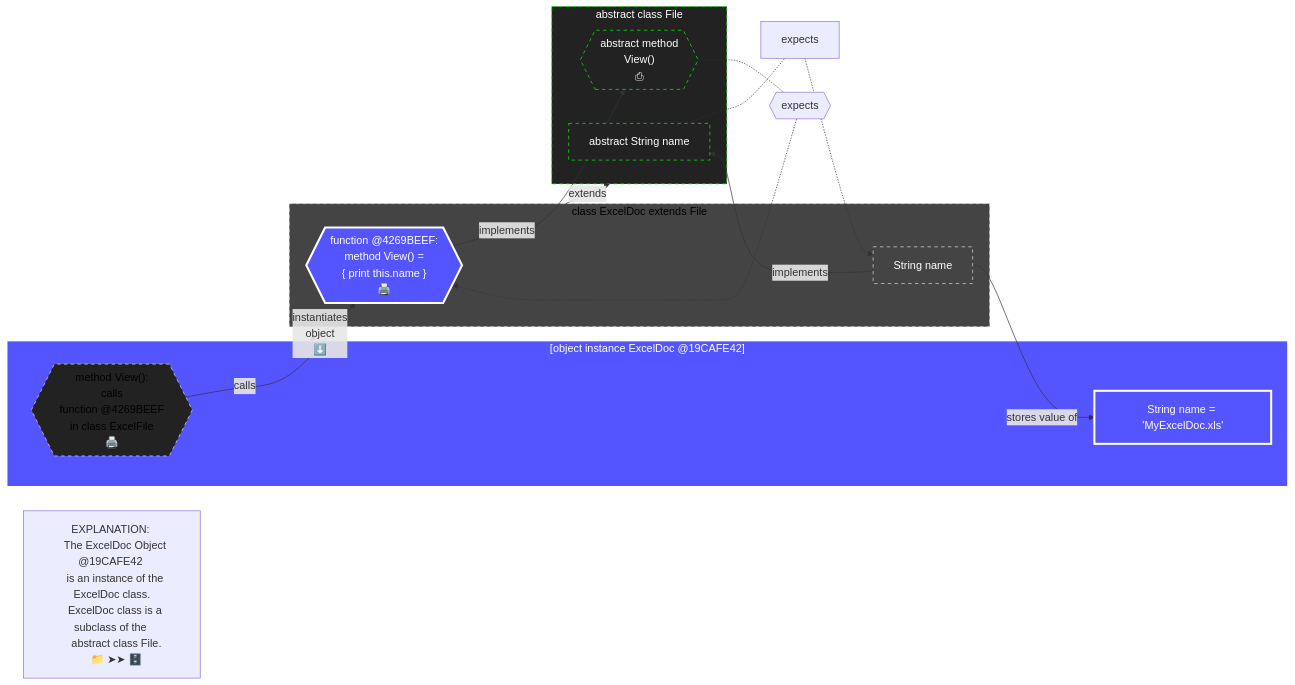
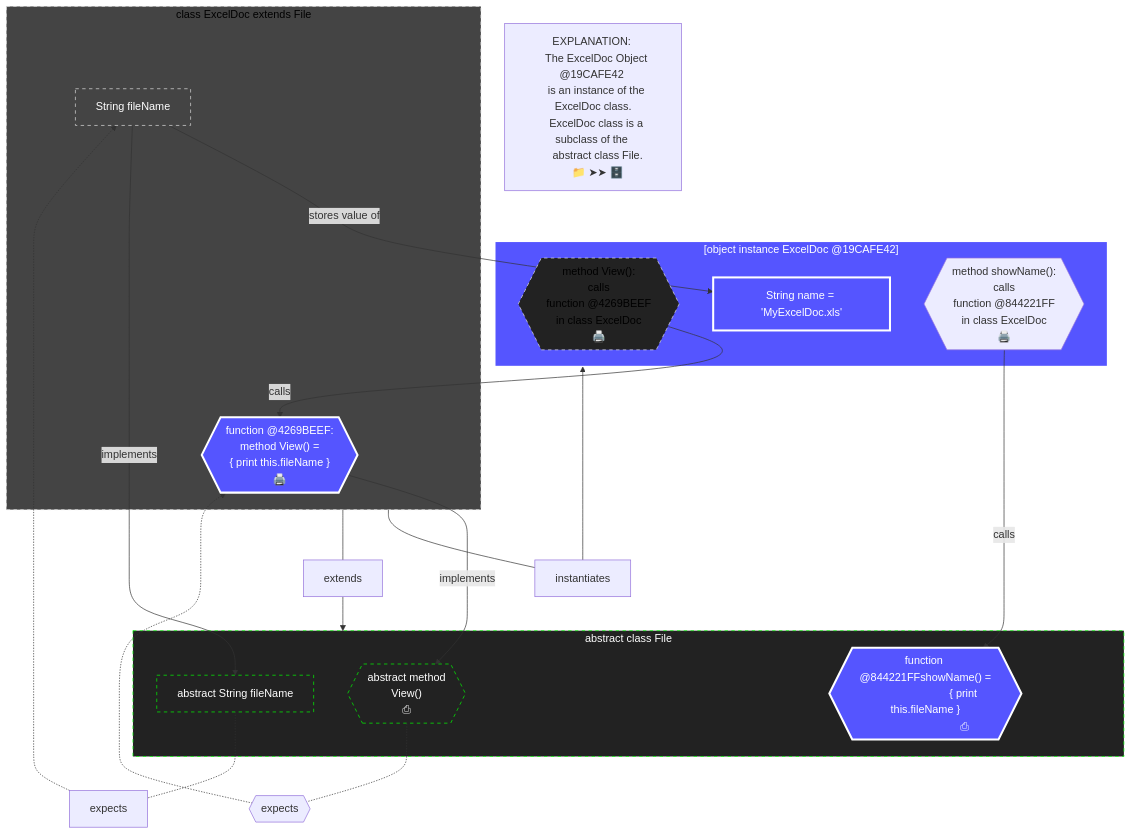
The seventh of 8 diagrams in 09-ClassOrientedProgramming.md (realityexpander/How_to_program_from_ground_up), drawn with Mermaid before and after one commit. The commit also changed 1 other file, not shown here.

Commit message:
fix abstract diagram

````diff
--- a/09-ClassOrientedProgramming.md
+++ b/09-ClassOrientedProgramming.md
@@ -849,59 +849,74 @@
    ```mermaid
-     flowchart LR
+     flowchart TB
    
-     ExcelDocObjectViewMethodFunctionPointer -- calls --> ExcelDocClassViewMethod:::Object
+     ExcelDocObjectViewMethodFunctionPointer -- calls --> ExcelDocClassViewMethod
      ExcelDocClassAgeInt -- stores value of --> ExcelDocObjectAgeInt 
+     
+     ExcelDocObject:::Object
      subgraph ExcelDocObject["[object instance ExcelDoc @19CAFE42]"]
          ExcelDocObjectAgeInt["String name = 'MyExcelDoc.xls'"]
          ExcelDocObjectViewMethodFunctionPointer{{"method View(): 
             calls 
             function @4269BEEF
-            in class ExcelFile
+            in class ExcelDoc
             🖨️
             "}}
+         ExcelDocObjectShowNameMethodFunctionPointer{{"method showName(): 
+            calls 
+            function @844221FF
+            in class ExcelDoc
+            🖨️
+            "}}   
      end
+     ExcelDocObjectShowNameMethodFunctionPointer -- calls --> abstractShowNameMethod
+     
      subgraph classExcelDoc["class ExcelDoc extends File"]
-         ExcelDocClassAgeInt["String name"]
          ExcelDocClassViewMethod{{"function @4269BEEF:  
             method View() =
-            { print this.name }
+            { print this.fileName }
             🖨️
             "}}
+         ExcelDocClassAgeInt["String fileName"]
      end
      abstractAgeInt -.- expects -.-> ExcelDocClassAgeInt
      abstractViewMethod -.- expects2{{"expects"}} -.-> ExcelDocClassViewMethod:::Object
-     ExcelDocClassAgeInt -- implements --> abstractAgeInt:::Abstract
+     ExcelDocClassAgeInt -- implements ---> abstractAgeInt:::Abstract
    
      note["
         EXPLANATION: 
         The ExcelDoc Object @19CAFE42 
         is an instance of the ExcelDoc class.
         ExcelDoc class is a subclass of the 
         abstract class File.
         📁 ➤➤ 🗄️"]
      
-     classExcelDoc -- "instantiates 
-                        object
-                        ⬇️" --> ExcelDocObject:::Object
-     classExcelDoc -- extends --> abstractFile:::Abstract
+     classExcelDoc --- instantiates ---> ExcelDocObject
+     classExcelDoc --- extends --> abstractFile:::Abstract
      ExcelDocClassViewMethod -- implements --> abstractViewMethod:::Abstract
+     
      subgraph abstractFile["abstract class File"]
-       abstractAgeInt["abstract String name"]
+       abstractAgeInt["abstract String fileName"]
+       abstractShowNameMethod{{"function @844221FFshowName() =
+                               { print this.fileName }
+                               ⎙
+                             "}}:::Object
+
        abstractViewMethod{{"
           abstract method 
           View()
           ⎙
           "}}
+          
      end
    
      classDef Abstract fill:#222, stroke:#0F0, stroke-width:1px, color:#fff, stroke-dasharray: 5 5
      
      classDef Class fill:#444, stroke:#00F, stroke-width:1px, color:#000, stroke-dasharray: 5 5
      %% For nodes that are the source of a link, the style must be defined in the link, not the classDef. 
      style classExcelDoc fill:#444, stroke:#DDD, stroke-width:1px, color:#000, stroke-dasharray: 5 5
      style ExcelDocClassAgeInt fill:#444, stroke:#DDD, stroke-width:1px, color:#FFF, stroke-dasharray: 5 5
      
      classDef Object fill:#55F, stroke:#FFF, stroke-width:3px, color:#fff
      style ExcelDocObjectAgeInt fill:#55F, stroke:#FFF, stroke-width:3px, color:#fff
      style ExcelDocObjectViewMethodFunctionPointer fill:#222, stroke:#DDD, stroke-width:1px, color:#000, stroke-dasharray: 5 5
    ```
````
